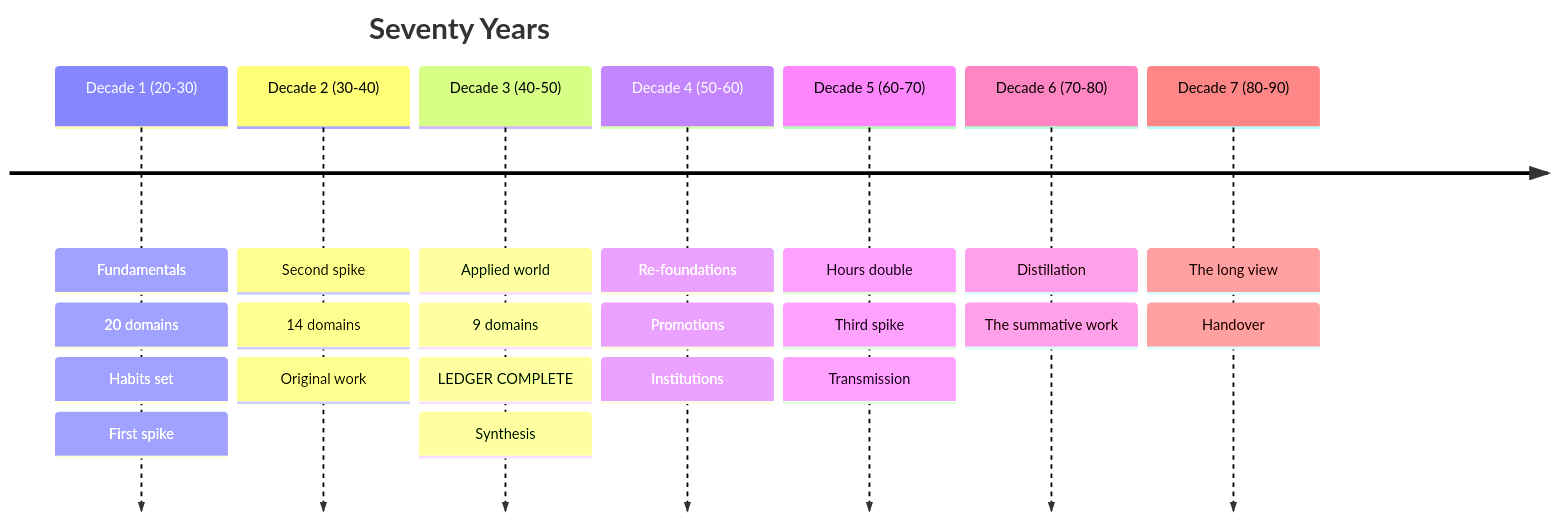
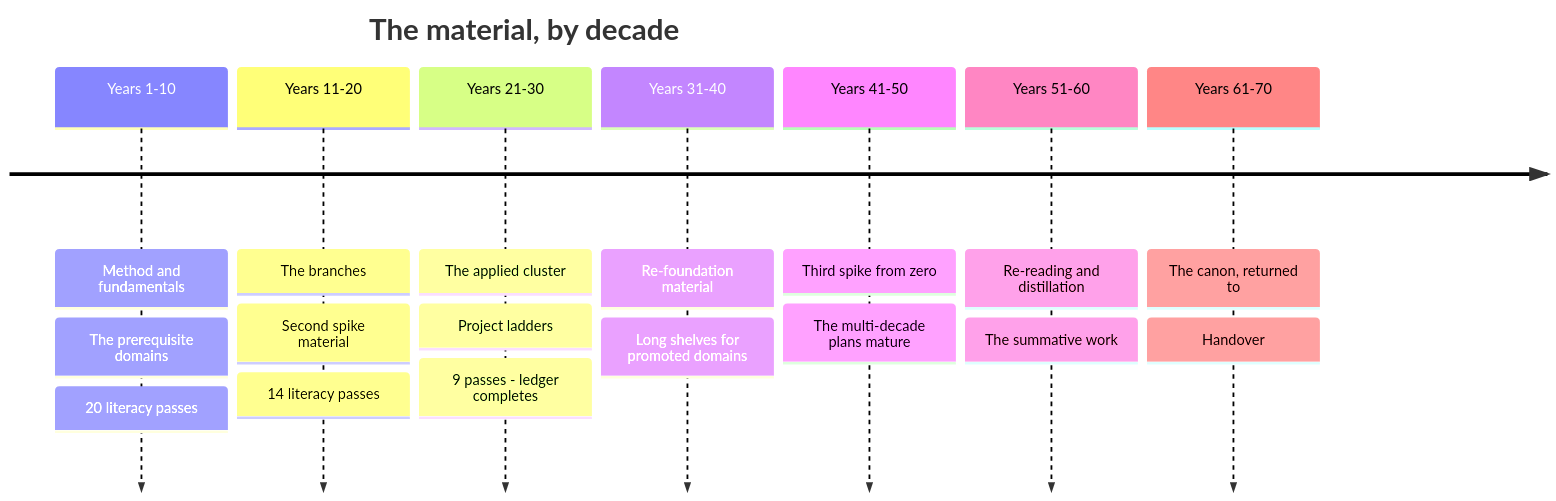
The diagram in TIMELINE.md (xuvictor04/Learning-Agenda), drawn with Mermaid before and after one commit. The commit also changed other lines of this file and 1 other file, not shown here.

First line of the commit message:
Rebuild TIMELINE as a material queue: what to read, in what order

````diff
--- a/TIMELINE.md
+++ b/TIMELINE.md
@@ -13,11 +44,11 @@
 ```mermaid
 timeline
-    title Seventy Years
-    Decade 1 (20-30) : Fundamentals : 20 domains : Habits set : First spike
-    Decade 2 (30-40) : Second spike : 14 domains : Original work
-    Decade 3 (40-50) : Applied world : 9 domains : LEDGER COMPLETE : Synthesis
-    Decade 4 (50-60) : Re-foundations : Promotions : Institutions
-    Decade 5 (60-70) : Hours double : Third spike : Transmission
-    Decade 6 (70-80) : Distillation : The summative work
-    Decade 7 (80-90) : The long view : Handover
+    title The material, by decade
+    Years 1-10 : Method and fundamentals : The prerequisite domains : 20 literacy passes
+    Years 11-20 : The branches : Second spike material : 14 literacy passes
+    Years 21-30 : The applied cluster : Project ladders : 9 passes - ledger completes
+    Years 31-40 : Re-foundation material : Long shelves for promoted domains
+    Years 41-50 : Third spike from zero : The multi-decade plans mature
+    Years 51-60 : Re-reading and distillation : The summative work
+    Years 61-70 : The canon, returned to : Handover
 ```
````
